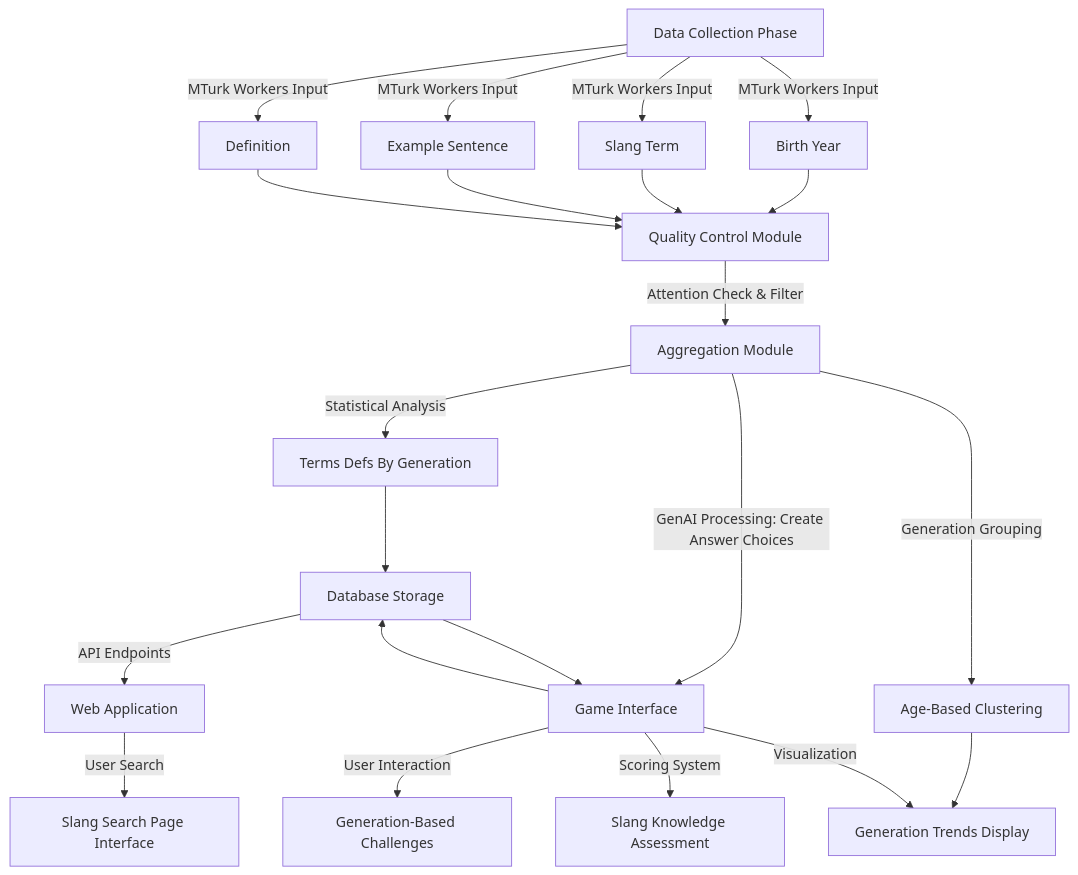
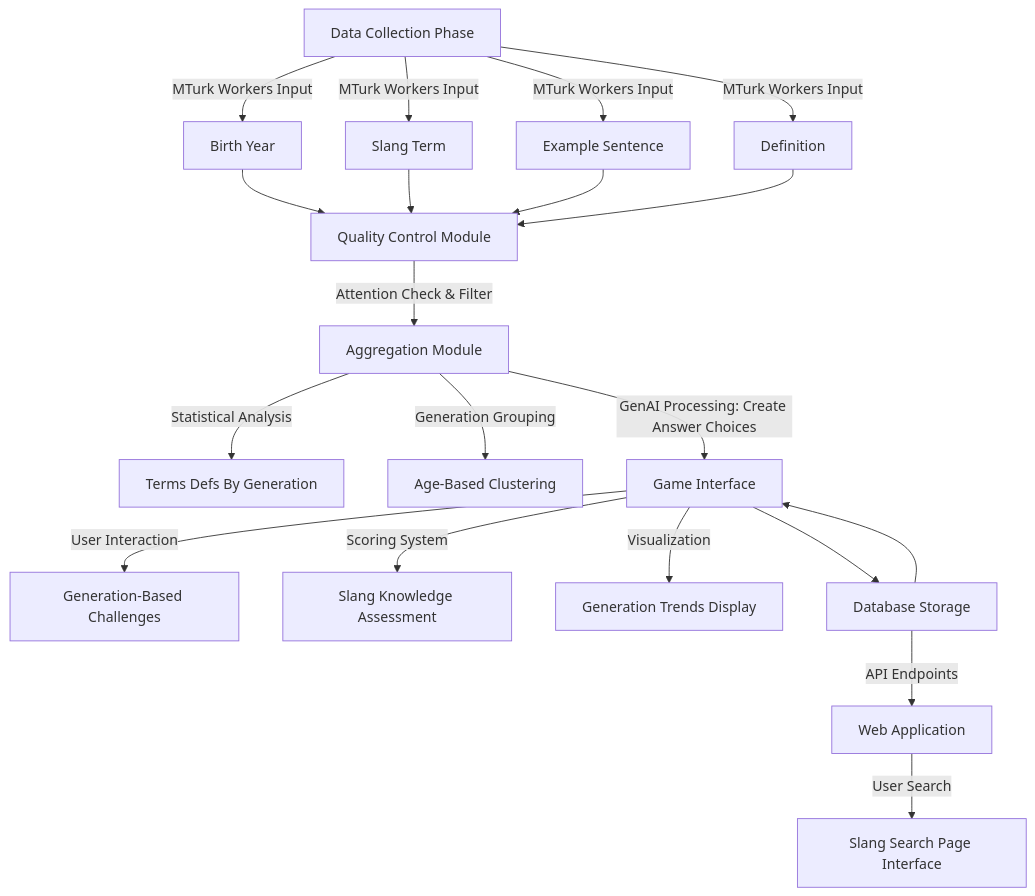
One commit to qareeb19/nets-2130 changed the diagram in flowchat2.md. Above: the diagram before and after it, drawn with Mermaid.

````diff
--- a/flowchat2.md
+++ b/flowchat2.md
@@ -1,31 +1,29 @@
 ```mermaid
 flowchart TD
     A[Data Collection Phase] --> |MTurk Workers Input| A1[Birth Year]
     A --> |MTurk Workers Input| A2[Slang Term]
     A --> |MTurk Workers Input| A3[Example Sentence]
     A --> |MTurk Workers Input| A4[Definition]
 
     A1 --> B[Quality Control Module]
     A2 --> B
     A3 --> B
     A4 --> B
 
     B --> |Attention Check & Filter| C[Aggregation Module]
 
     C --> |Statistical Analysis| C2[Terms Defs By Generation]
     C --> |Generation Grouping| C3[Age-Based Clustering]
 
-    C2 --> E
-    C3 --> D3
 
 
     C --> |GenAI Processing: Create Answer Choices| D[Game Interface]
     D --> |User Interaction| D1[Generation-Based Challenges]
     D --> |Scoring System| D2[Slang Knowledge Assessment]
     D --> |Visualization| D3[Generation Trends Display]
 
     D --> E[Database Storage]
     E --> D
     E --> |API Endpoints| F[Web Application]
     F --> |User Search| G[Slang Search Page Interface]
 ```
````
